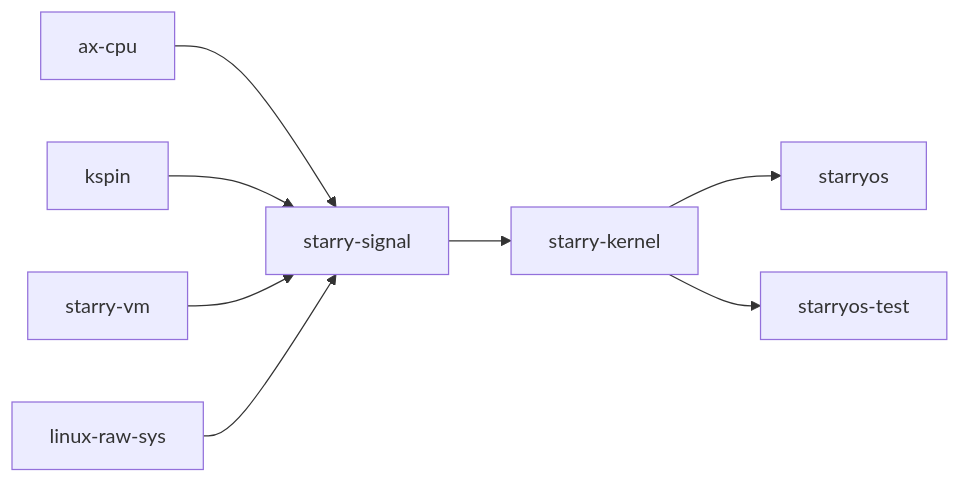
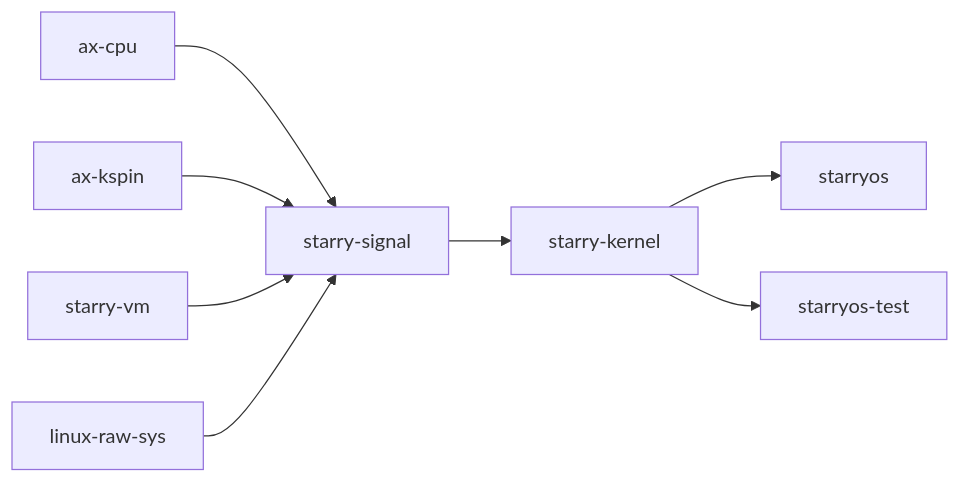
The second of 2 diagrams in docs/crates/starry-signal.md (zKurisu/tgoskits), drawn with Mermaid before and after one commit. The commit also changed other lines of this file and 101 other files, not shown here.

````diff
--- a/docs/crates/starry-signal.md
+++ b/docs/crates/starry-signal.md
@@ -126,11 +126,11 @@
 ```mermaid
 graph LR
     ax-cpu["ax-cpu"] --> sig["starry-signal"]
-    kspin["kspin"] --> sig
+    ax_kspin["ax-kspin"] --> sig
     vm["starry-vm"] --> sig
     linux["linux-raw-sys"] --> sig
 
     sig --> starry["starry-kernel"]
     starry --> starryos["starryos"]
     starry --> starrytest["starryos-test"]
 ```
````
